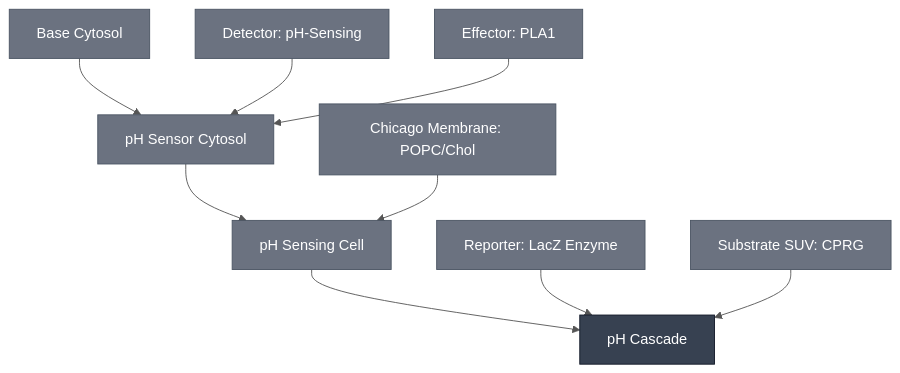
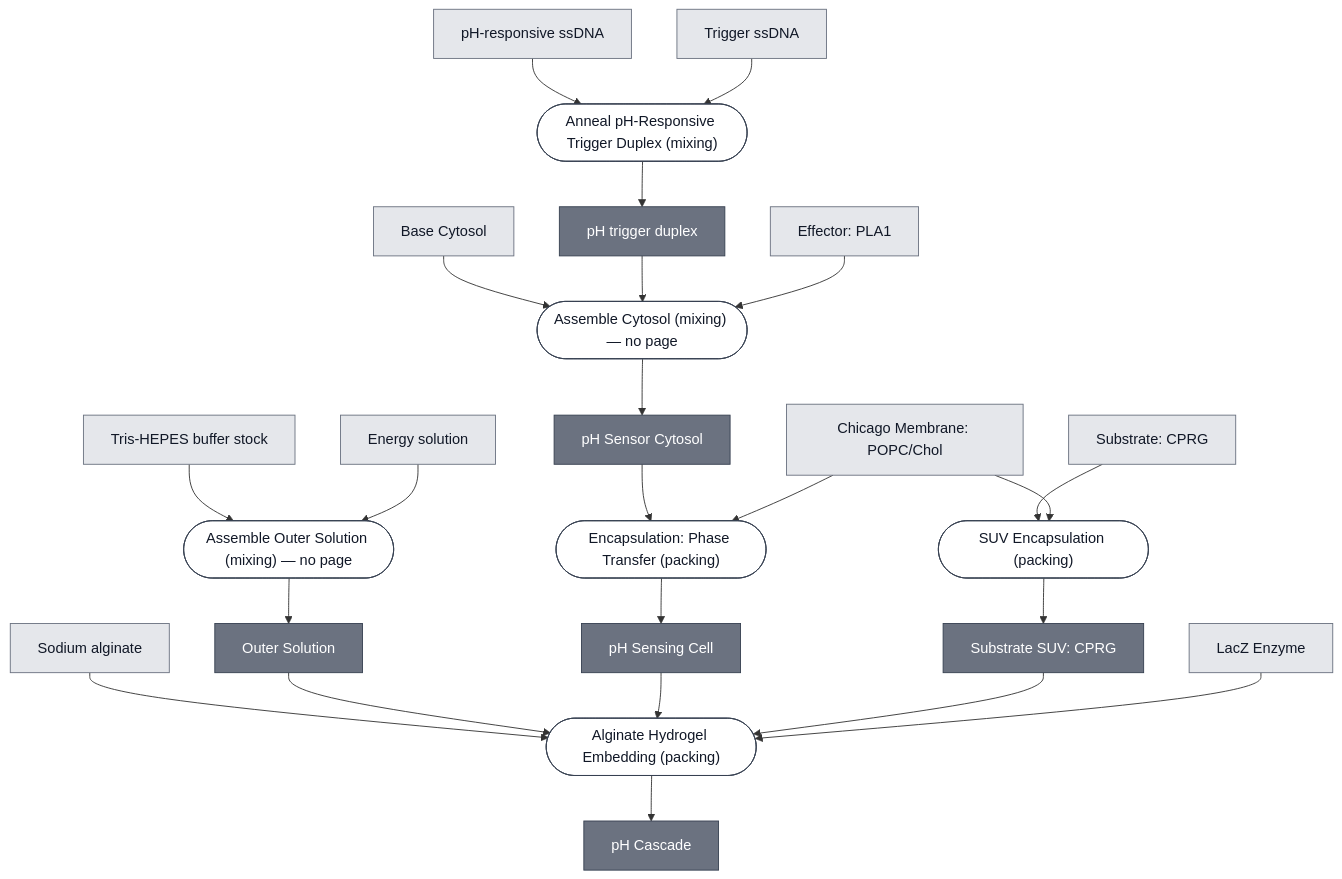
The diagram in docs/modules/ph-cascade/spec.md (nucleus-eng/nucleus-docs), drawn with Mermaid before and after one commit. The commit also changed other lines of this file and 11 other files, not shown here.

First line of the commit message:
Give the six Chicago path modules composition sources

````diff
--- a/docs/modules/ph-cascade/spec.md
+++ b/docs/modules/ph-cascade/spec.md
@@ -35,37 +35,78 @@
 ```mermaid
-%%{init: {'theme': 'base', 'themeVariables': {'lineColor': '#555555', 'edgeLabelBackground': '#ffffff'}}}%%
 flowchart TD
     BASE_CYTOSOL["Base Cytosol"]
-    DETECTOR_PH["Detector: pH-Sensing"]
+    PH_RESPONSIVE_SSDNA["pH-responsive ssDNA"]
+    TRIGGER_SSDNA["Trigger ssDNA"]
     EFFECTOR_PLA1["Effector: PLA1"]
-    MEMBRANE_POPC_CHOL_CHICAGO["Chicago Membrane: POPC/Chol"]
+    MEMBRANE_CHICAGO["Chicago Membrane: POPC/Chol"]
+    SUBSTRATE_CPRG["Substrate: CPRG"]
+    REPORTER_LACZ_ENZYME["LacZ Enzyme"]
+    ALGINATE["Sodium alginate"]
+    TRIS_HEPES_STOCK["Tris-HEPES buffer stock"]
+    ENERGY_SOLUTION["Energy solution"]
+
+    P1_ASSEMBLE_OUTER_SOLUTION_0(["Assemble Outer Solution (mixing) — no page"])
+    CHICAGO_OUTER_SOLUTION["Outer Solution"]
+    P2_ANNEAL_TRIGGER_DUPLEX_0(["Anneal pH-Responsive Trigger Duplex (mixing)"])
+    PH_TRIGGER_DUPLEX["pH trigger duplex"]
+    P3_ASSEMBLE_CYTOSOL_0(["Assemble Cytosol (mixing) — no page"])
+    PH_SENSOR_CYTOSOL["pH Sensor Cytosol"]
+    P4_ENCAPSULATE_0(["Encapsulation: Phase Transfer (packing)"])
+    PH_SENSING_CELL["pH Sensing Cell"]
+    P5_ENCAPSULATE_SUBSTRATE_SUV_0(["SUV Encapsulation (packing)"])
+    SUBSTRATE_CPRG_SUV["Substrate SUV: CPRG"]
+    P6_EMBED_ALGINATE_0(["Alginate Hydrogel Embedding (packing)"])
     PH_CASCADE["pH Cascade"]
-    PH_SENSING_CELL["pH Sensing Cell"]
-    PH_SENSOR_CYTOSOL["pH Sensor Cytosol"]
-    REPORTER_LACZ_ENZYME["Reporter: LacZ Enzyme"]
-    SUBSTRATE_CPRG_SUV["Substrate SUV: CPRG"]
 
-    PH_SENSING_CELL --> PH_CASCADE
-    REPORTER_LACZ_ENZYME --> PH_CASCADE
-    SUBSTRATE_CPRG_SUV --> PH_CASCADE
-    PH_SENSOR_CYTOSOL --> PH_SENSING_CELL
-    MEMBRANE_POPC_CHOL_CHICAGO --> PH_SENSING_CELL
-    BASE_CYTOSOL --> PH_SENSOR_CYTOSOL
-    DETECTOR_PH --> PH_SENSOR_CYTOSOL
-    EFFECTOR_PLA1 --> PH_SENSOR_CYTOSOL
+    TRIS_HEPES_STOCK --> P1_ASSEMBLE_OUTER_SOLUTION_0
+    ENERGY_SOLUTION --> P1_ASSEMBLE_OUTER_SOLUTION_0
+    P1_ASSEMBLE_OUTER_SOLUTION_0 --> CHICAGO_OUTER_SOLUTION
 
-    classDef constituent fill:#6B7280,color:#ffffff,stroke:#4B5563;
-    classDef this fill:#374151,color:#ffffff,stroke:#111827;
-    class BASE_CYTOSOL,DETECTOR_PH,EFFECTOR_PLA1,MEMBRANE_POPC_CHOL_CHICAGO,PH_SENSING_CELL,PH_SENSOR_CYTOSOL,REPORTER_LACZ_ENZYME,SUBSTRATE_CPRG_SUV constituent;
-    class PH_CASCADE this;
+    PH_RESPONSIVE_SSDNA --> P2_ANNEAL_TRIGGER_DUPLEX_0
+    TRIGGER_SSDNA --> P2_ANNEAL_TRIGGER_DUPLEX_0
+    P2_ANNEAL_TRIGGER_DUPLEX_0 --> PH_TRIGGER_DUPLEX
+
+    BASE_CYTOSOL --> P3_ASSEMBLE_CYTOSOL_0
+    PH_TRIGGER_DUPLEX --> P3_ASSEMBLE_CYTOSOL_0
+    EFFECTOR_PLA1 --> P3_ASSEMBLE_CYTOSOL_0
+    P3_ASSEMBLE_CYTOSOL_0 --> PH_SENSOR_CYTOSOL
+
+    PH_SENSOR_CYTOSOL --> P4_ENCAPSULATE_0
+    MEMBRANE_CHICAGO --> P4_ENCAPSULATE_0
+    P4_ENCAPSULATE_0 --> PH_SENSING_CELL
+
+    SUBSTRATE_CPRG --> P5_ENCAPSULATE_SUBSTRATE_SUV_0
+    MEMBRANE_CHICAGO --> P5_ENCAPSULATE_SUBSTRATE_SUV_0
+    P5_ENCAPSULATE_SUBSTRATE_SUV_0 --> SUBSTRATE_CPRG_SUV
+
+    ALGINATE --> P6_EMBED_ALGINATE_0
+    CHICAGO_OUTER_SOLUTION --> P6_EMBED_ALGINATE_0
+    PH_SENSING_CELL --> P6_EMBED_ALGINATE_0
+    SUBSTRATE_CPRG_SUV --> P6_EMBED_ALGINATE_0
+    REPORTER_LACZ_ENZYME --> P6_EMBED_ALGINATE_0
+    P6_EMBED_ALGINATE_0 --> PH_CASCADE
+
+
+    classDef leaf     fill:#e5e7eb,stroke:#6b7280,color:#111827;
+    classDef composed fill:#6b7280,stroke:#374151,color:#ffffff;
+    classDef process  fill:#ffffff,stroke:#374151,color:#111827;
+    class BASE_CYTOSOL,PH_RESPONSIVE_SSDNA,TRIGGER_SSDNA,EFFECTOR_PLA1,MEMBRANE_CHICAGO,SUBSTRATE_CPRG,REPORTER_LACZ_ENZYME,ALGINATE,TRIS_HEPES_STOCK,ENERGY_SOLUTION leaf;
+    class CHICAGO_OUTER_SOLUTION,PH_TRIGGER_DUPLEX,PH_SENSOR_CYTOSOL,PH_SENSING_CELL,SUBSTRATE_CPRG_SUV,PH_CASCADE composed;
+    class P1_ASSEMBLE_OUTER_SOLUTION_0,P2_ANNEAL_TRIGGER_DUPLEX_0,P3_ASSEMBLE_CYTOSOL_0,P4_ENCAPSULATE_0,P5_ENCAPSULATE_SUBSTRATE_SUV_0,P6_EMBED_ALGINATE_0 process;
 
     click BASE_CYTOSOL "/docs/modules/base-cytosol/spec"
-    click DETECTOR_PH "/docs/modules/detector-ph/spec"
     click EFFECTOR_PLA1 "/docs/modules/effector-pla1/spec"
-    click MEMBRANE_POPC_CHOL_CHICAGO "/docs/modules/membrane-popc-chol-chicago/spec"
+    click MEMBRANE_CHICAGO "/docs/modules/membrane-popc-chol-chicago/spec"
+    click SUBSTRATE_CPRG "/docs/modules/substrate-cprg/spec"
+    click REPORTER_LACZ_ENZYME "/docs/modules/reporter-lacz-enzyme/spec"
+    click ALGINATE "/docs/modules/gel-alginate/spec"
+    click P2_ANNEAL_TRIGGER_DUPLEX_0 "/docs/processes/anneal-ph-trigger-duplex/main"
+    click PH_TRIGGER_DUPLEX "/docs/modules/detector-ph/spec"
+    click PH_SENSOR_CYTOSOL "/docs/modules/ph-sensor-cytosol/spec"
+    click P4_ENCAPSULATE_0 "/docs/processes/assemble-base-cell/main"
+    click PH_SENSING_CELL "/docs/modules/ph-sensing-cell/spec"
+    click P5_ENCAPSULATE_SUBSTRATE_SUV_0 "/docs/processes/encapsulate-suv/main"
+    click SUBSTRATE_CPRG_SUV "/docs/modules/substrate-cprg-suv/spec"
+    click P6_EMBED_ALGINATE_0 "/docs/processes/embed-alginate-hydrogel/main"
     click PH_CASCADE "/docs/modules/ph-cascade/spec"
-    click PH_SENSING_CELL "/docs/modules/ph-sensing-cell/spec"
-    click PH_SENSOR_CYTOSOL "/docs/modules/ph-sensor-cytosol/spec"
-    click REPORTER_LACZ_ENZYME "/docs/modules/reporter-lacz-enzyme/spec"
-    click SUBSTRATE_CPRG_SUV "/docs/modules/substrate-cprg-suv/spec"
 ```
````
